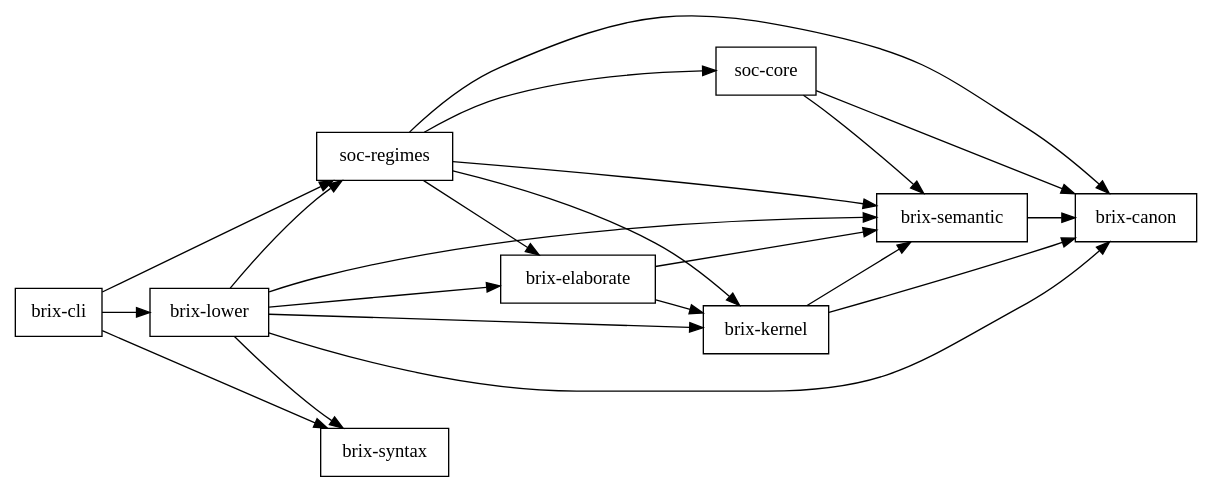
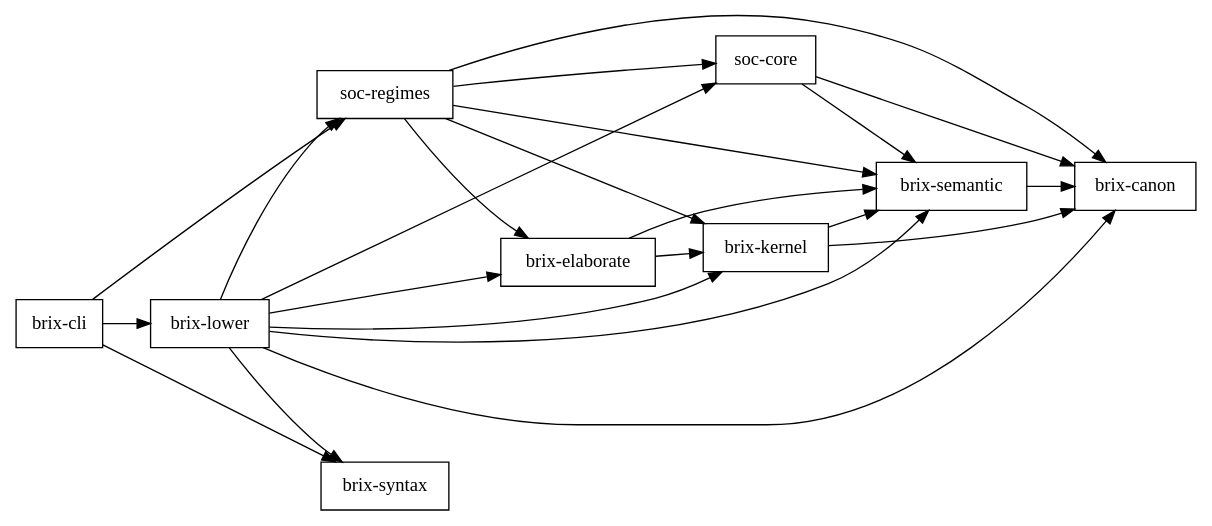
One commit to tbreijm/brixms changed the diagram in docs/audit/issue-63/workspace-dependencies.dot. Above: the diagram before and after it, drawn with Graphviz. The commit also changed 5 other files, not shown here.

```diff
--- a/docs/audit/issue-63/workspace-dependencies.dot
+++ b/docs/audit/issue-63/workspace-dependencies.dot
@@ -1,34 +1,35 @@
 digraph brixms_workspace {
   rankdir=LR;
   node [shape=box];
   "brix-canon";
   "brix-cli";
   "brix-elaborate";
   "brix-kernel";
   "brix-lower";
   "brix-semantic";
   "brix-syntax";
   "soc-core";
   "soc-regimes";
   "brix-cli" -> "brix-lower";
   "brix-cli" -> "brix-syntax";
   "brix-cli" -> "soc-regimes";
   "brix-elaborate" -> "brix-kernel";
   "brix-elaborate" -> "brix-semantic";
   "brix-kernel" -> "brix-canon";
   "brix-kernel" -> "brix-semantic";
   "brix-lower" -> "brix-canon";
   "brix-lower" -> "brix-elaborate";
   "brix-lower" -> "brix-kernel";
   "brix-lower" -> "brix-semantic";
   "brix-lower" -> "brix-syntax";
+  "brix-lower" -> "soc-core";
   "brix-lower" -> "soc-regimes";
   "brix-semantic" -> "brix-canon";
   "soc-core" -> "brix-canon";
   "soc-core" -> "brix-semantic";
   "soc-regimes" -> "brix-canon";
   "soc-regimes" -> "brix-elaborate";
   "soc-regimes" -> "brix-kernel";
   "soc-regimes" -> "brix-semantic";
   "soc-regimes" -> "soc-core";
 }
```
